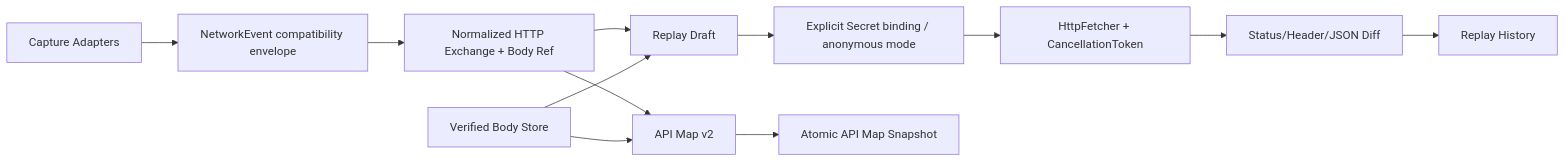
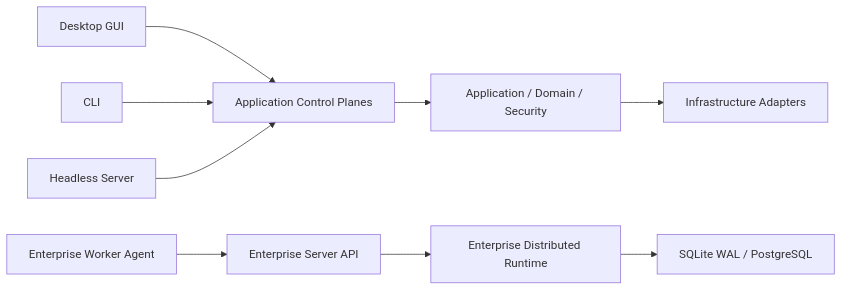
One commit to Arenyxa/Arenyxa changed the first of 2 diagrams in docs/ARCHITECTURE.md. Above: the diagram before and after it, drawn with Mermaid. The commit also changed other lines of this file and 377 other files, not shown here.

````diff
--- a/docs/ARCHITECTURE.md
+++ b/docs/ARCHITECTURE.md
@@ -204,14 +33,11 @@
 ```mermaid
 flowchart LR
-  CAP[Capture Adapters] --> EVT[NetworkEvent compatibility envelope]
-  EVT --> CORE[Normalized HTTP Exchange + Body Ref]
-  CORE --> MAP[API Map v2]
-  CORE --> DRAFT[Replay Draft]
-  BODY[Verified Body Store] --> MAP
-  BODY --> DRAFT
-  DRAFT --> SECRET[Explicit Secret binding / anonymous mode]
-  SECRET --> HTTP[HttpFetcher + CancellationToken]
-  HTTP --> DIFF[Status/Header/JSON Diff]
-  DIFF --> HISTORY[Replay History]
-  MAP --> SNAP[Atomic API Map Snapshot]
+  GUI[Desktop GUI] --> CP[Application Control Planes]
+  CLI[CLI] --> CP
+  API[Headless Server] --> CP
+  CP --> CORE[Application / Domain / Security]
+  WORKER[Enterprise Worker Agent] --> EAPI[Enterprise Server API]
+  EAPI --> ERUNTIME[Enterprise Distributed Runtime]
+  CORE --> INFRA[Infrastructure Adapters]
+  ERUNTIME --> ESTORE[SQLite WAL / PostgreSQL]
 ```
````
